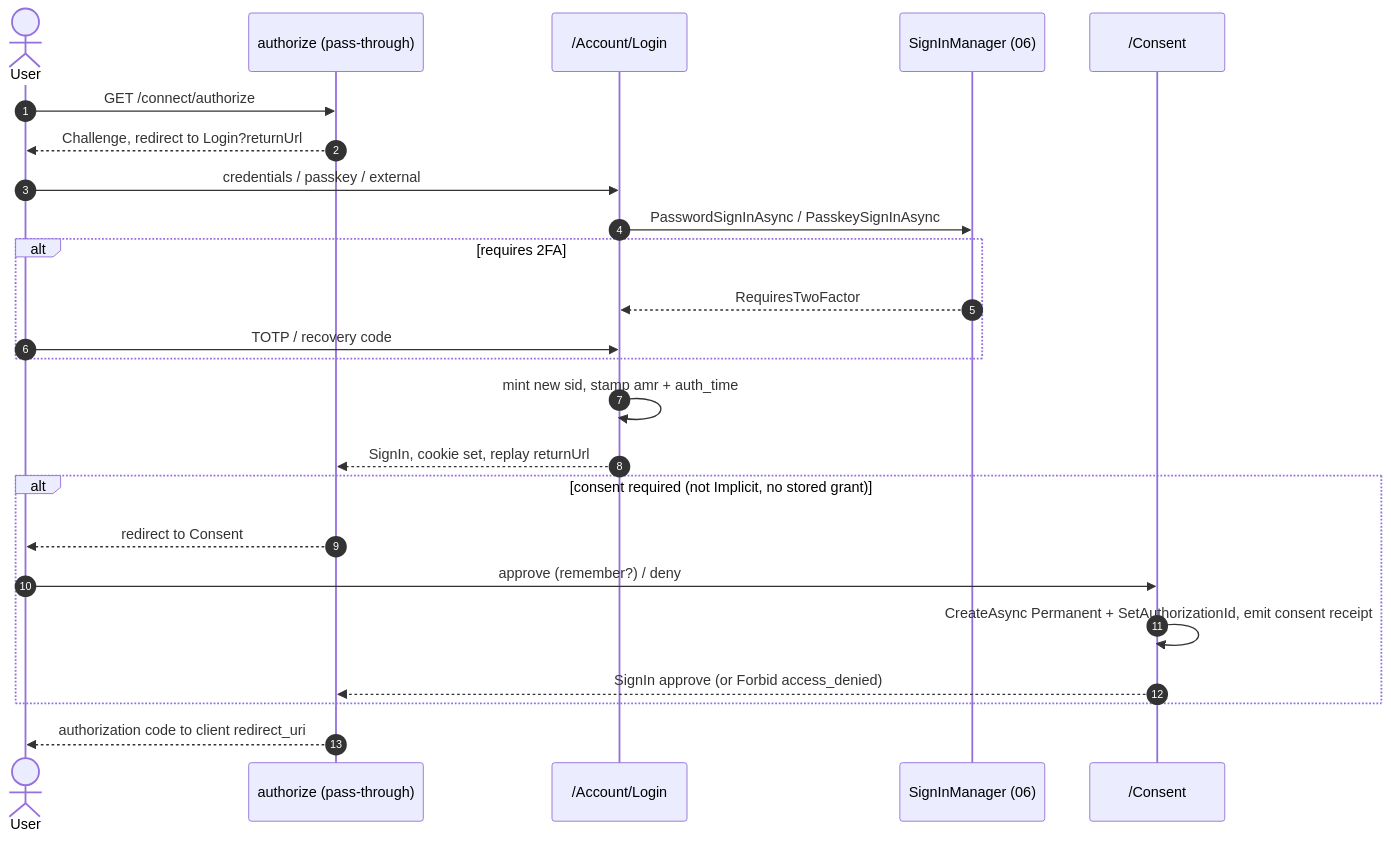
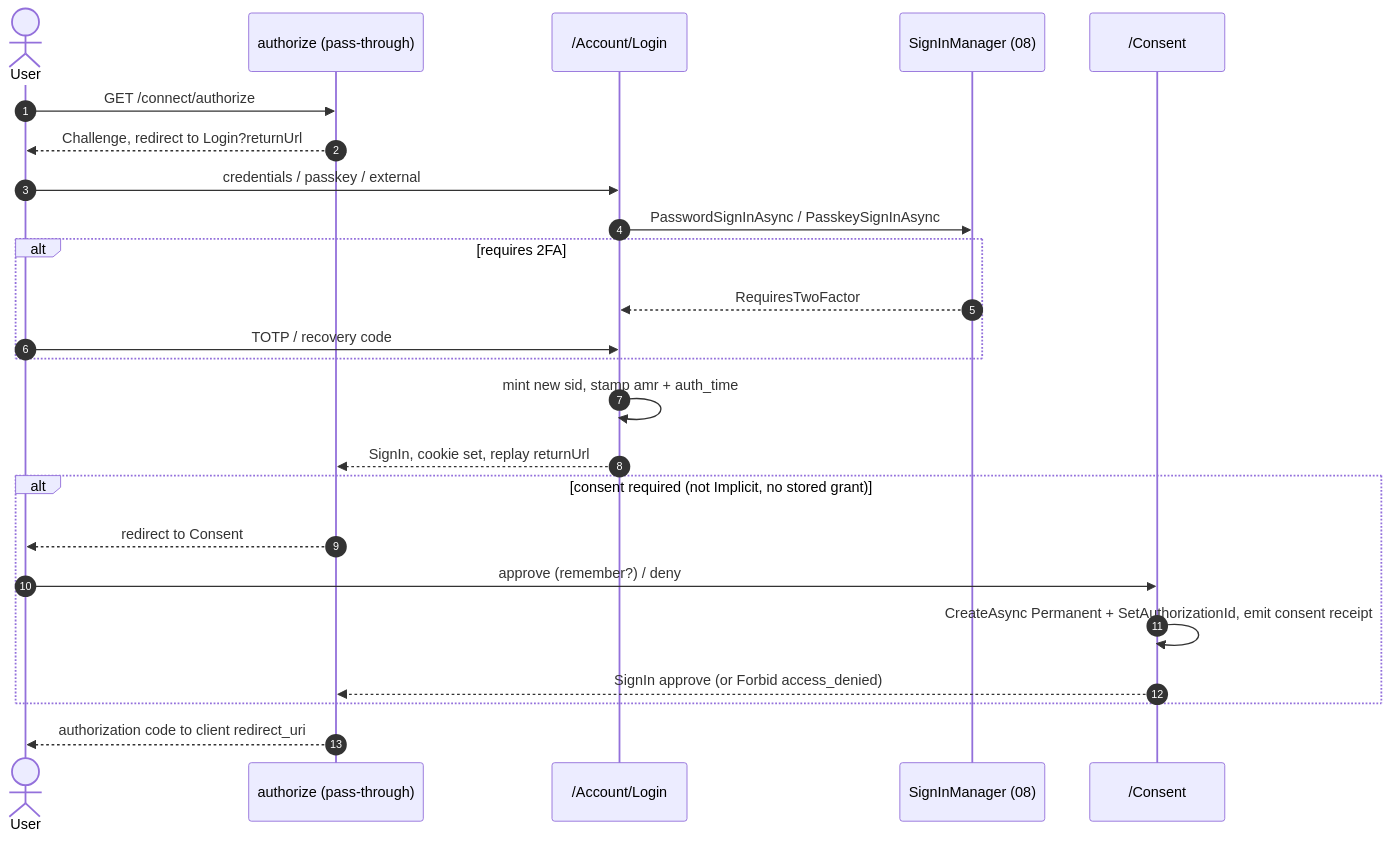
One commit to namphuongtran/nami changed the second of 5 diagrams in docs/design/11-login-consent-ui.md. Above: the diagram before and after it, drawn with Mermaid. The commit also changed other lines of this file and 15 other files, not shown here.

````diff
--- a/docs/design/11-login-consent-ui.md
+++ b/docs/design/11-login-consent-ui.md
@@ -278,27 +278,27 @@
 ```mermaid
 sequenceDiagram
   autonumber
   actor U as User
   participant AZ as authorize (pass-through)
   participant LG as /Account/Login
-  participant SM as SignInManager (06)
+  participant SM as SignInManager (08)
   participant CO as /Consent
 
   U->>AZ: GET /connect/authorize
   AZ-->>U: Challenge, redirect to Login?returnUrl
   U->>LG: credentials / passkey / external
   LG->>SM: PasswordSignInAsync / PasskeySignInAsync
   alt requires 2FA
     SM-->>LG: RequiresTwoFactor
     U->>LG: TOTP / recovery code
   end
   LG->>LG: mint new sid, stamp amr + auth_time
   LG-->>AZ: SignIn, cookie set, replay returnUrl
   alt consent required (not Implicit, no stored grant)
     AZ-->>U: redirect to Consent
     U->>CO: approve (remember?) / deny
     CO->>CO: CreateAsync Permanent + SetAuthorizationId, emit consent receipt
     CO-->>AZ: SignIn approve (or Forbid access_denied)
   end
   AZ-->>U: authorization code to client redirect_uri
 ```
````
